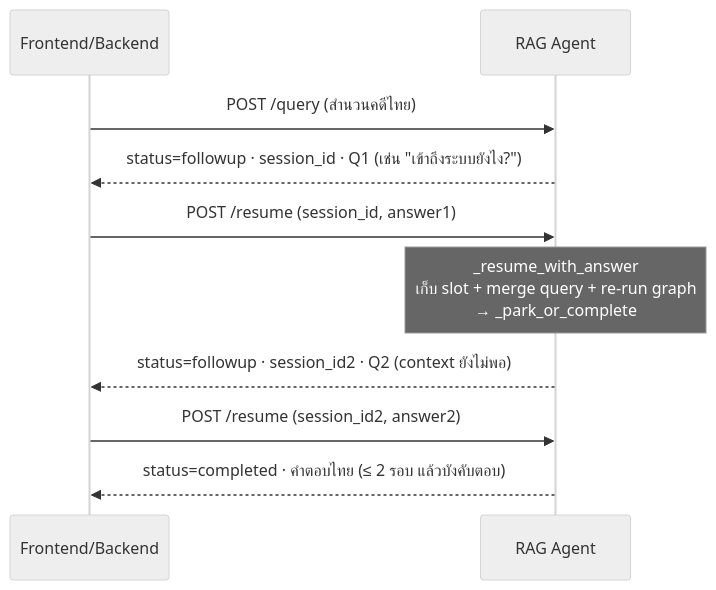
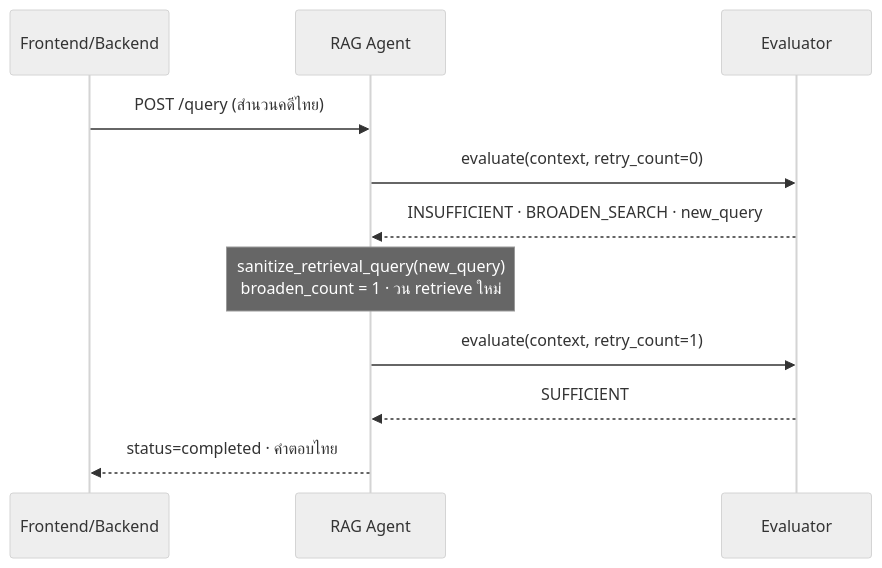
The third of 6 diagrams in rag_service/docs/ARCHITECTURE_v2.md (KKhamwiset/Cybercase-Intelligence-Framework), drawn with Mermaid (neutral theme) before and after one commit. The commit also changed other lines of this file and 24 other files, not shown here.

````diff
--- a/rag_service/docs/ARCHITECTURE_v2.md
+++ b/rag_service/docs/ARCHITECTURE_v2.md
@@ -84,12 +85,13 @@
 ```mermaid
 sequenceDiagram
   participant FE as Frontend/Backend
   participant RS as RAG Agent
+  participant EV as Evaluator
   FE->>RS: POST /query (สำนวนคดีไทย)
-  RS-->>FE: status=followup · session_id · Q1 (เช่น "เข้าถึงระบบยังไง?")
-  FE->>RS: POST /resume (session_id, answer1)
-  Note over RS: _resume_with_answer<br/>เก็บ slot + merge query + re-run graph<br/>→ _park_or_complete
-  RS-->>FE: status=followup · session_id2 · Q2 (context ยังไม่พอ)
-  FE->>RS: POST /resume (session_id2, answer2)
-  RS-->>FE: status=completed · คำตอบไทย (≤ 2 รอบ แล้วบังคับตอบ)
+  RS->>EV: evaluate(context, retry_count=0)
+  EV-->>RS: INSUFFICIENT · BROADEN_SEARCH · new_query
+  Note over RS: sanitize_retrieval_query(new_query)<br/>broaden_count = 1 · วน retrieve ใหม่
+  RS->>EV: evaluate(context, retry_count=1)
+  EV-->>RS: SUFFICIENT
+  RS-->>FE: status=completed · คำตอบไทย
 ```
````
